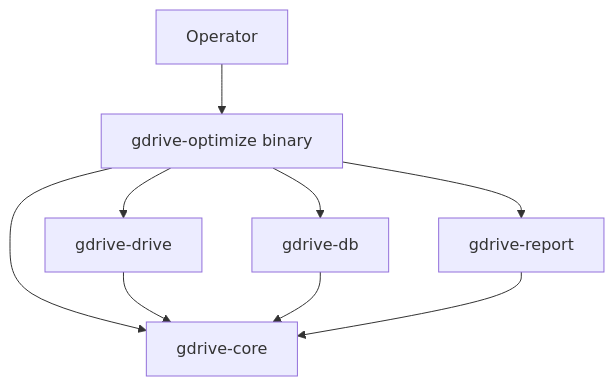
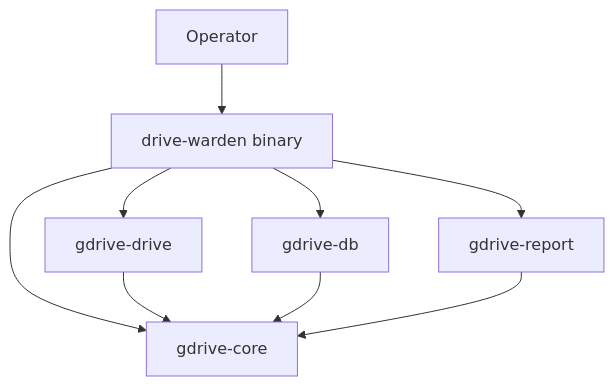
The diagram in docs/architecture/overview.md (chris-piekarski/drive-warden), drawn with Mermaid before and after one commit. The commit also changed 36 other files, not shown here.

First line of the commit message:
Rename project to drive-warden

````diff
--- a/docs/architecture/overview.md
+++ b/docs/architecture/overview.md
@@ -7,11 +7,11 @@
 ```mermaid
 graph TD
-    OP[Operator] --> CLI[gdrive-optimize binary]
+    OP[Operator] --> CLI[drive-warden binary]
     CLI --> CORE[gdrive-core]
     CLI --> DRIVE[gdrive-drive]
     CLI --> DB[gdrive-db]
     CLI --> REPORT[gdrive-report]
     DRIVE --> CORE
     DB --> CORE
     REPORT --> CORE
 ```
````
